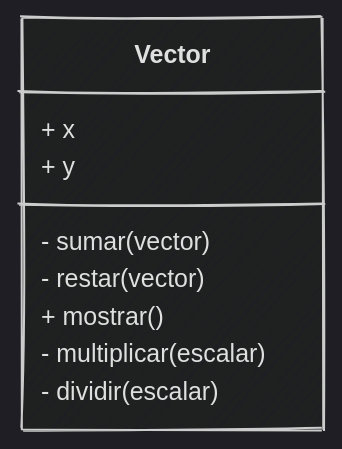
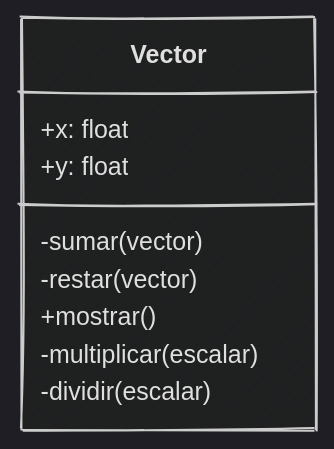
One commit to python-la-paz/python-study-group-oop changed the eighth of 8 diagrams in content/sesion07/Readme.md. Above: the diagram before and after it, drawn with Mermaid. The commit also changed other lines of this file and 1 other file, not shown here.

Commit message:
Add vector diagram image for Sesión 07

````diff
--- a/content/sesion07/Readme.md
+++ b/content/sesion07/Readme.md
@@ -1336,13 +1461,13 @@
 ```mermaid
 %%{init: {"theme": "dark", "look": "handDrawn"  }}%%
 classDiagram
     class Vector {
-        + x
-        + y
-        - sumar(vector)
-        - restar(vector)
-        + mostrar()
-        - multiplicar(escalar)
-        - dividir(escalar)
+        +x: float
+        +y: float
+        -sumar(vector)
+        -restar(vector)
+        +mostrar()
+        -multiplicar(escalar)
+        -dividir(escalar)
     }
 ```
````
